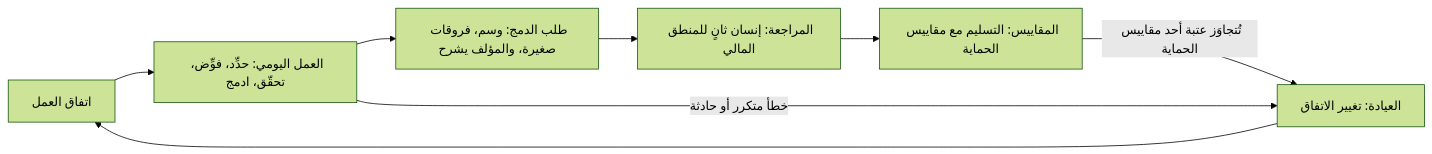
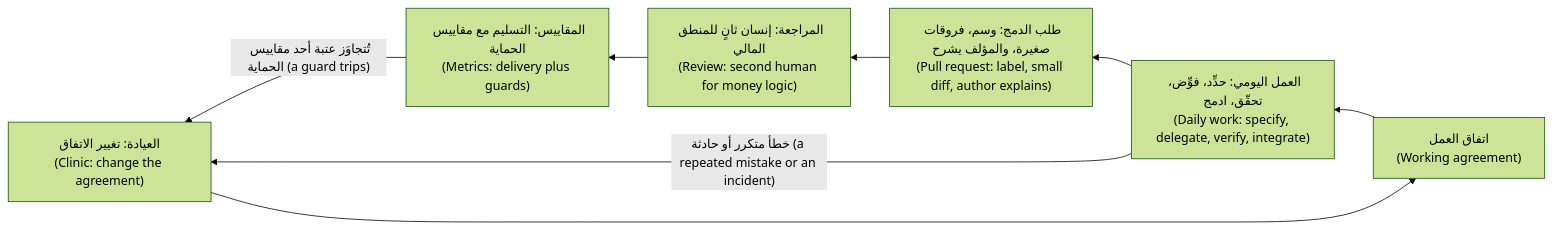
One commit to Tamoura/system-design-for-vibe-coders changed the diagram in ainative/modules/12-teams.ar.md. Above: the diagram before and after it, drawn with Mermaid (forest theme). The commit also changed 83 other files, not shown here.

First line of the commit message:
AI-native engineer course: Arabic diagrams right-to-left with English glosses

````diff
--- a/ainative/modules/12-teams.ar.md
+++ b/ainative/modules/12-teams.ar.md
@@ -32,10 +32,10 @@
 ```mermaid
-flowchart LR
-    A["اتفاق العمل"] --> B["العمل اليومي: حدِّد، فوِّض، تحقّق، ادمج"]
-    B --> C["طلب الدمج: وسم، فروقات صغيرة، والمؤلف يشرح"]
-    C --> D["المراجعة: إنسان ثانٍ للمنطق المالي"]
-    D --> E["المقاييس: التسليم مع مقاييس الحماية"]
-    E -->|"تُتجاوَز عتبة أحد مقاييس الحماية"| F["العيادة: تغيير الاتفاق"]
-    B -->|"خطأ متكرر أو حادثة"| F
+flowchart RL
+    A["اتفاق العمل<br/>(Working agreement)"] --> B["العمل اليومي: حدِّد، فوِّض، تحقّق، ادمج<br/>(Daily work: specify, delegate, verify, integrate)"]
+    B --> C["طلب الدمج: وسم، فروقات صغيرة، والمؤلف يشرح<br/>(Pull request: label, small diff, author explains)"]
+    C --> D["المراجعة: إنسان ثانٍ للمنطق المالي<br/>(Review: second human for money logic)"]
+    D --> E["المقاييس: التسليم مع مقاييس الحماية<br/>(Metrics: delivery plus guards)"]
+    E -->|"تُتجاوَز عتبة أحد مقاييس الحماية (a guard trips)"| F["العيادة: تغيير الاتفاق<br/>(Clinic: change the agreement)"]
+    B -->|"خطأ متكرر أو حادثة (a repeated mistake or an incident)"| F
     F --> A
 ```
````
